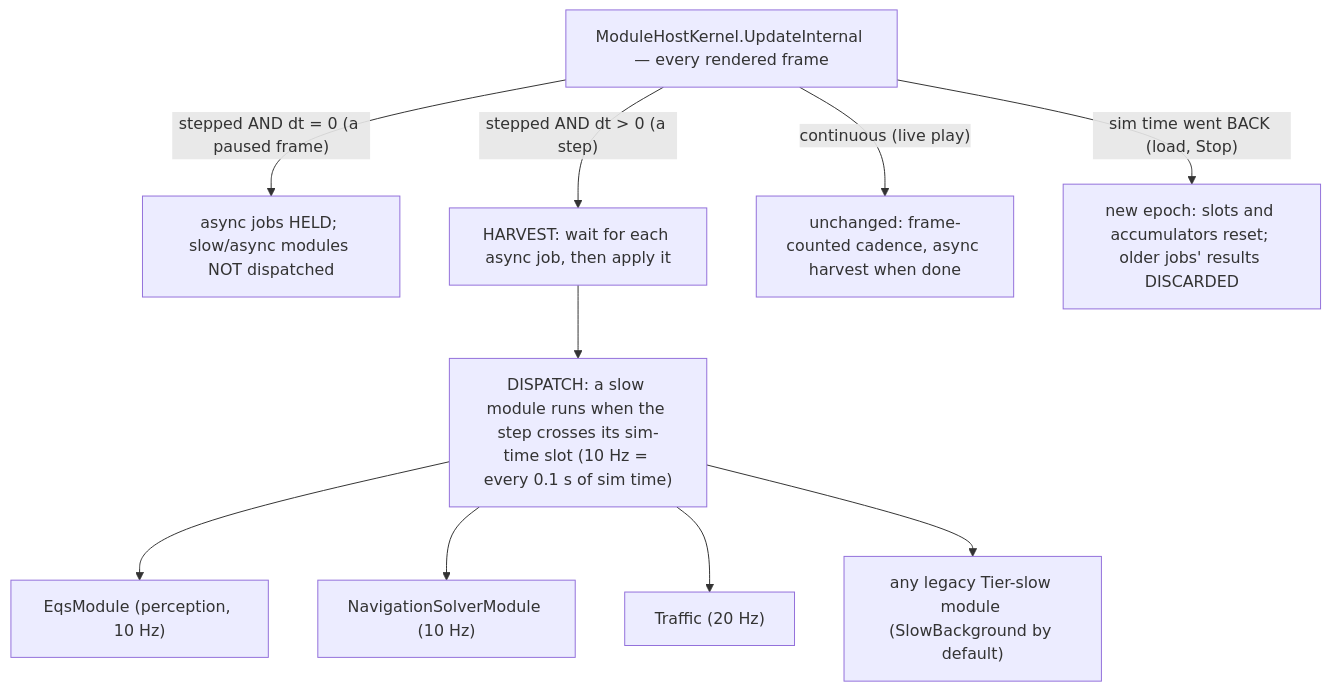
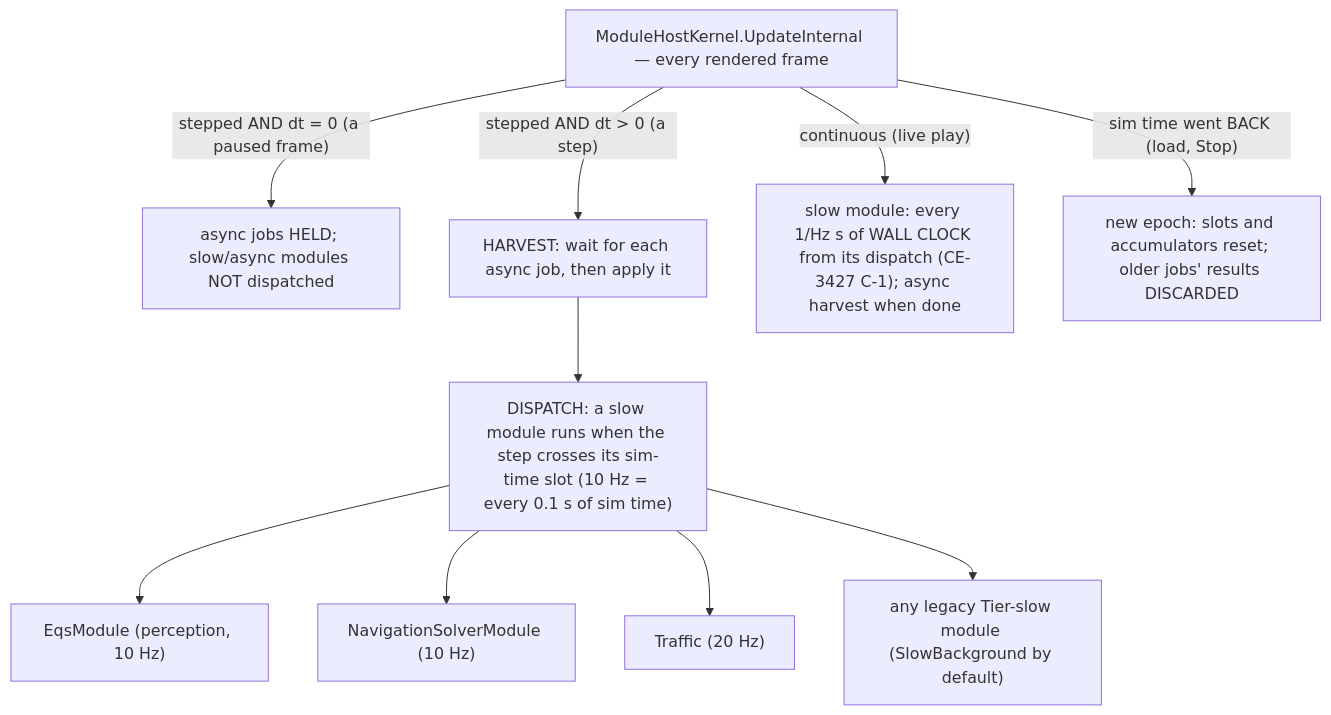
One commit to pjanec/HROT changed diagram 17 of 25 in docs/blueprints/DESIGN_Time_Architecture.md. Above: the diagram before and after it, drawn with Mermaid. The commit also changed other lines of this file and 8 other files, not shown here.

First line of the commit message:
CE-3427 C-1 + G-1 (user: yes): live play paces slow modules by wall clock from dispatch; the runner on server GC, 4 heaps

````diff
--- a/docs/blueprints/DESIGN_Time_Architecture.md
+++ b/docs/blueprints/DESIGN_Time_Architecture.md
@@ -1509,13 +1509,13 @@
 ```mermaid
 graph TD
   K["ModuleHostKernel.UpdateInternal — every rendered frame"]
   K -->|"stepped AND dt = 0 (a paused frame)"| H0["async jobs HELD; slow/async modules NOT dispatched"]
   K -->|"stepped AND dt > 0 (a step)"| H1["HARVEST: wait for each async job, then apply it"]
   H1 --> D1["DISPATCH: a slow module runs when the step crosses its sim-time slot (10 Hz = every 0.1 s of sim time)"]
-  K -->|"continuous (live play)"| L["unchanged: frame-counted cadence, async harvest when done"]
+  K -->|"continuous (live play)"| L["slow module: every 1/Hz s of WALL CLOCK from its dispatch (CE-3427 C-1); async harvest when done"]
   K -->|"sim time went BACK (load, Stop)"| E["new epoch: slots and accumulators reset; older jobs' results DISCARDED"]
   D1 --> M1["EqsModule (perception, 10 Hz)"]
   D1 --> M2["NavigationSolverModule (10 Hz)"]
   D1 --> M3["Traffic (20 Hz)"]
   D1 --> M4["any legacy Tier-slow module (SlowBackground by default)"]
 ```
````
